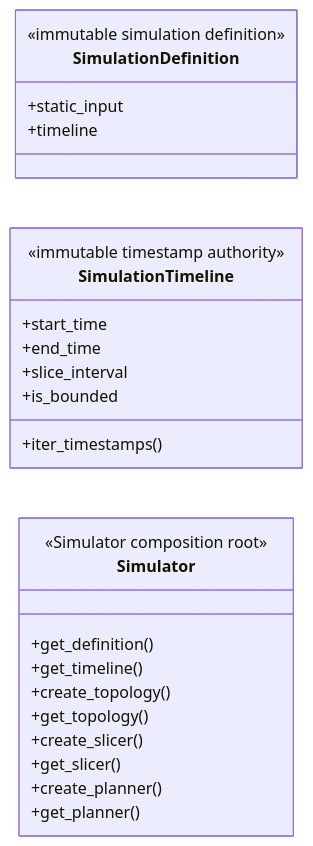
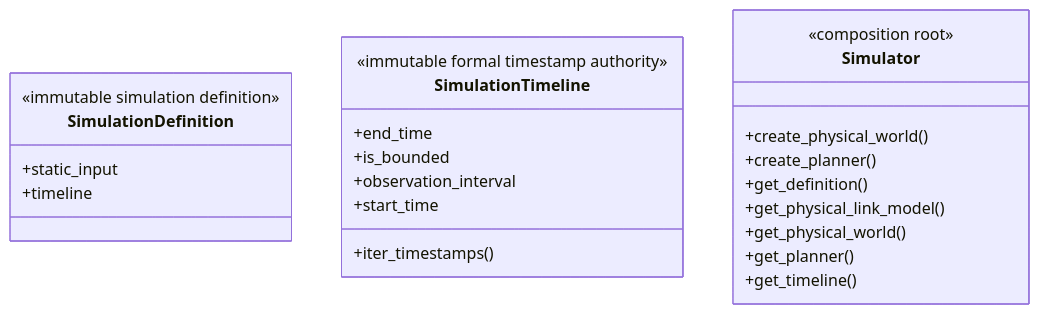
The second of 2 diagrams in skyseed_v2/src/skyseed_v2/simulator/README.md (seed-labs/skyseed), drawn with Mermaid before and after one commit. The commit also changed other lines of this file and 256 other files, not shown here.

Commit message:
refactor: complete network planner architecture cutover

````diff
--- a/skyseed_v2/src/skyseed_v2/simulator/README.md
+++ b/skyseed_v2/src/skyseed_v2/simulator/README.md
@@ -41,28 +73,26 @@
 ```mermaid
 classDiagram
-    direction LR
     class SimulationDefinition {
         <<immutable simulation definition>>
         +static_input
         +timeline
     }
     class SimulationTimeline {
-        <<immutable timestamp authority>>
-        +start_time
+        <<immutable formal timestamp authority>>
         +end_time
-        +slice_interval
         +is_bounded
         +iter_timestamps()
+        +observation_interval
+        +start_time
     }
     class Simulator {
-        <<Simulator composition root>>
+        <<composition root>>
+        +create_physical_world()
+        +create_planner()
         +get_definition()
+        +get_physical_link_model()
+        +get_physical_world()
+        +get_planner()
         +get_timeline()
-        +create_topology()
-        +get_topology()
-        +create_slicer()
-        +get_slicer()
-        +create_planner()
-        +get_planner()
     }
 ```
````
